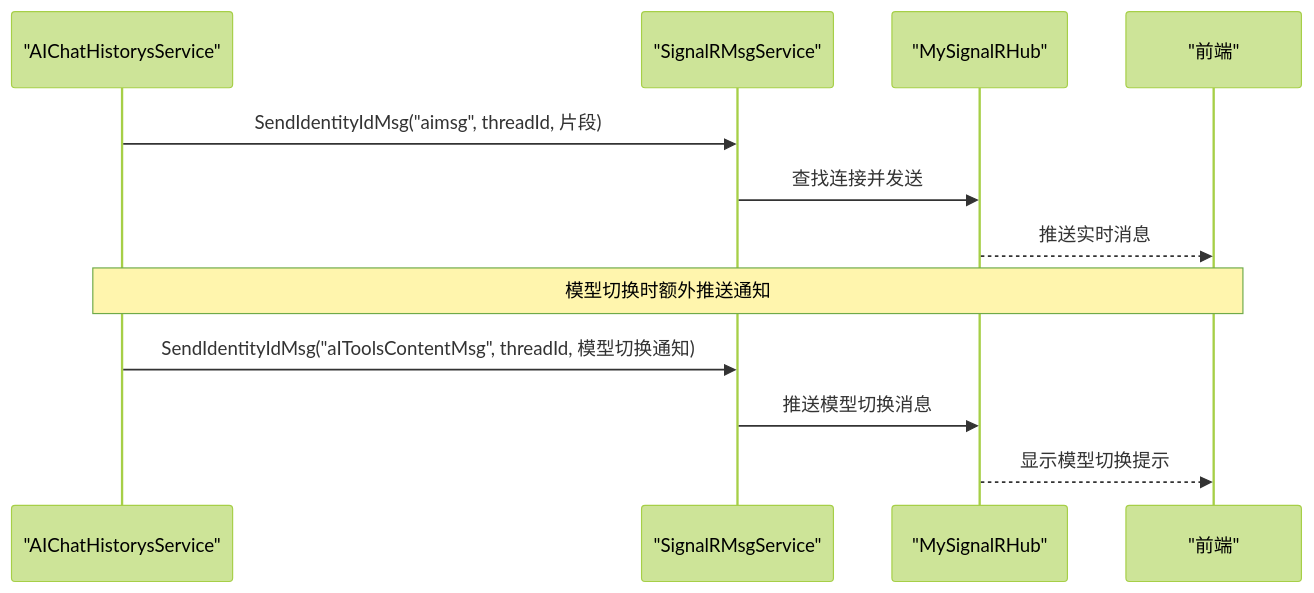
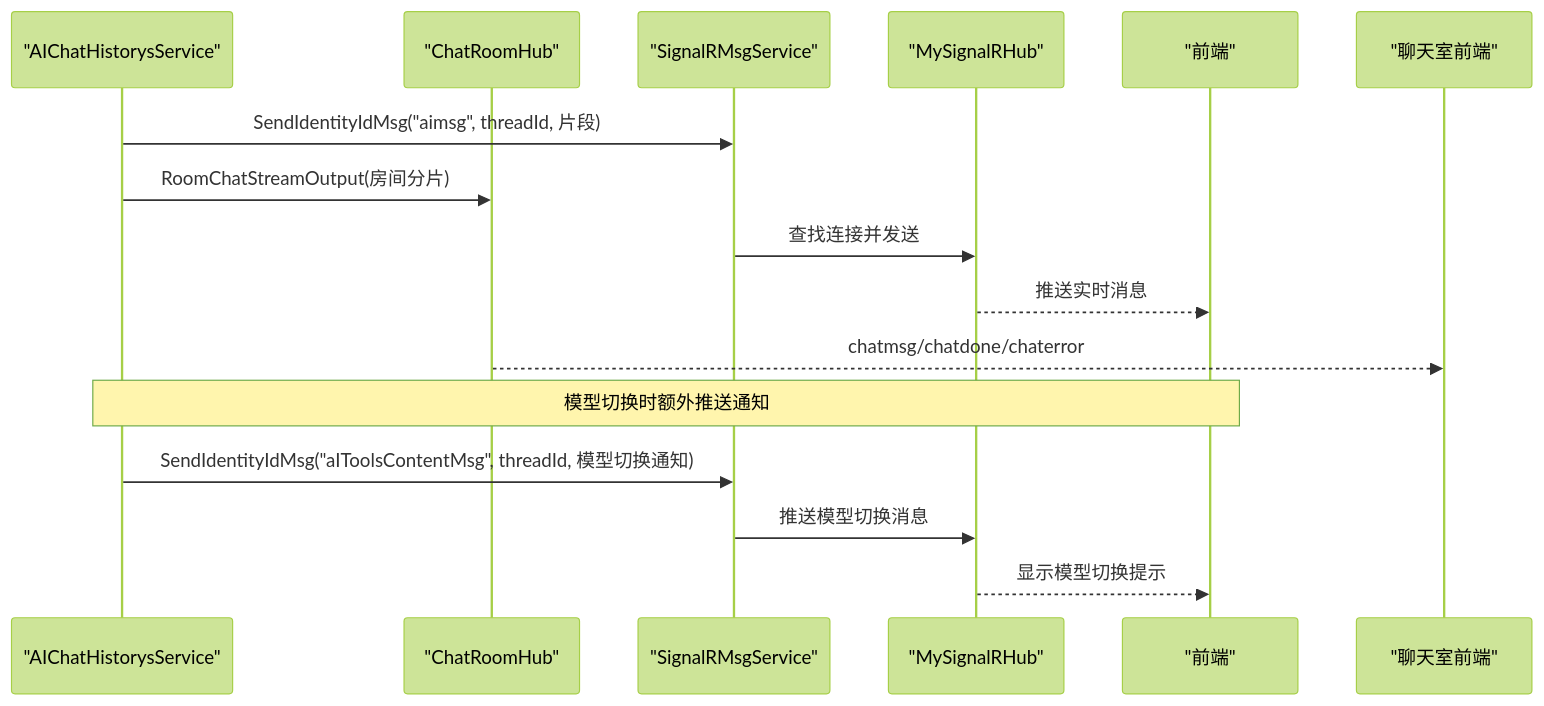
Before and after one commit to junkai-li/NetCoreKevin: the seventh of 8 diagrams in .qoder/repowiki/zh/content/核心模块/AI智能助手/聊天对话.md, drawn with Mermaid (forest theme). The commit also changed other lines of this file and 54 other files, not shown here.

````diff
--- a/.qoder/repowiki/zh/content/核心模块/AI智能助手/聊天对话.md
+++ b/.qoder/repowiki/zh/content/核心模块/AI智能助手/聊天对话.md
@@ -303,14 +375,18 @@
 ```mermaid
 sequenceDiagram
 participant Svc as "AIChatHistorysService"
+participant CH as "ChatRoomHub"
 participant SR as "SignalRMsgService"
 participant Hub as "MySignalRHub"
 participant FE as "前端"
+participant CRFE as "聊天室前端"
 Svc->>SR : SendIdentityIdMsg("aimsg", threadId, 片段)
+Svc->>CH : RoomChatStreamOutput(房间分片)
 SR->>Hub : 查找连接并发送
 Hub-->>FE : 推送实时消息
+CH-->>CRFE : chatmsg/chatdone/chaterror
 Note over Svc,FE : 模型切换时额外推送通知
 Svc->>SR : SendIdentityIdMsg("aIToolsContentMsg", threadId, 模型切换通知)
 SR->>Hub : 推送模型切换消息
 Hub-->>FE : 显示模型切换提示
 ```
````
